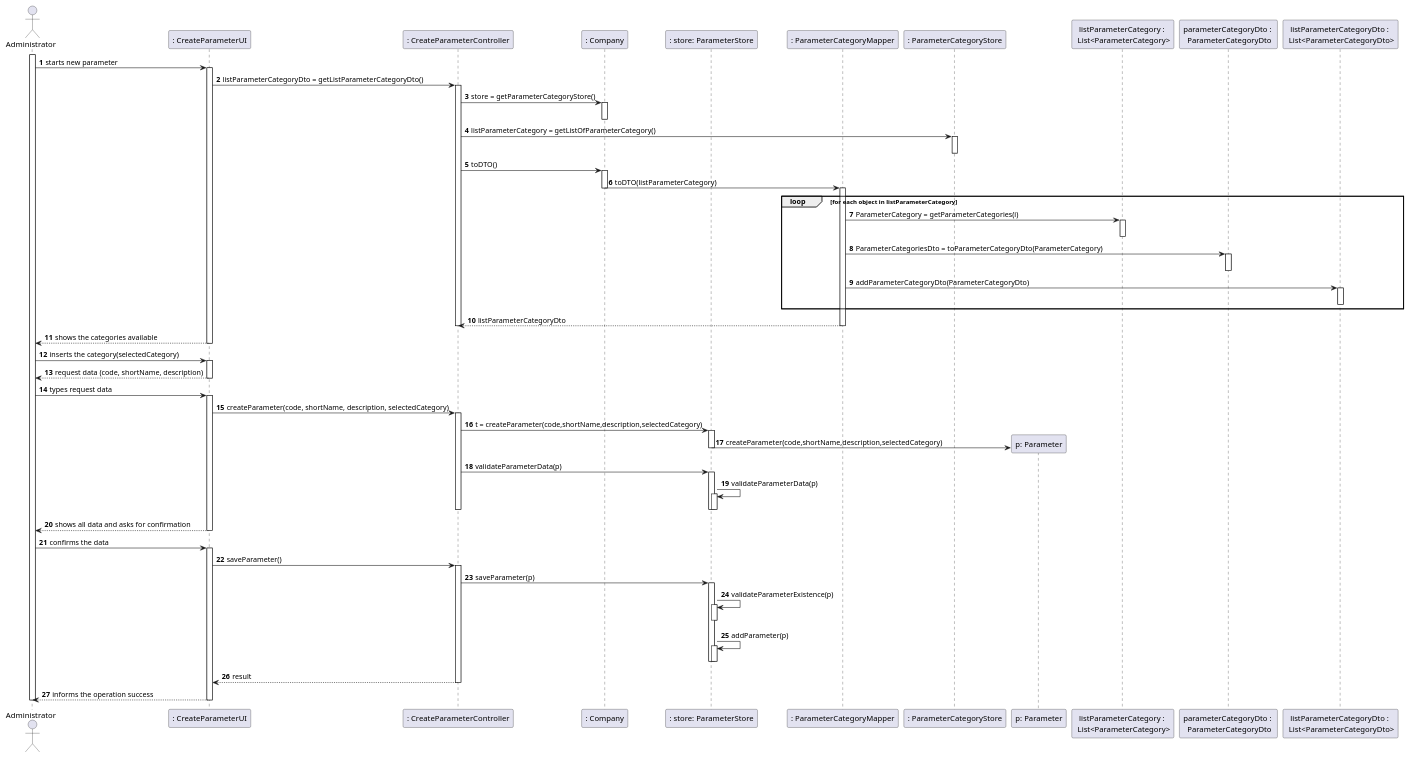
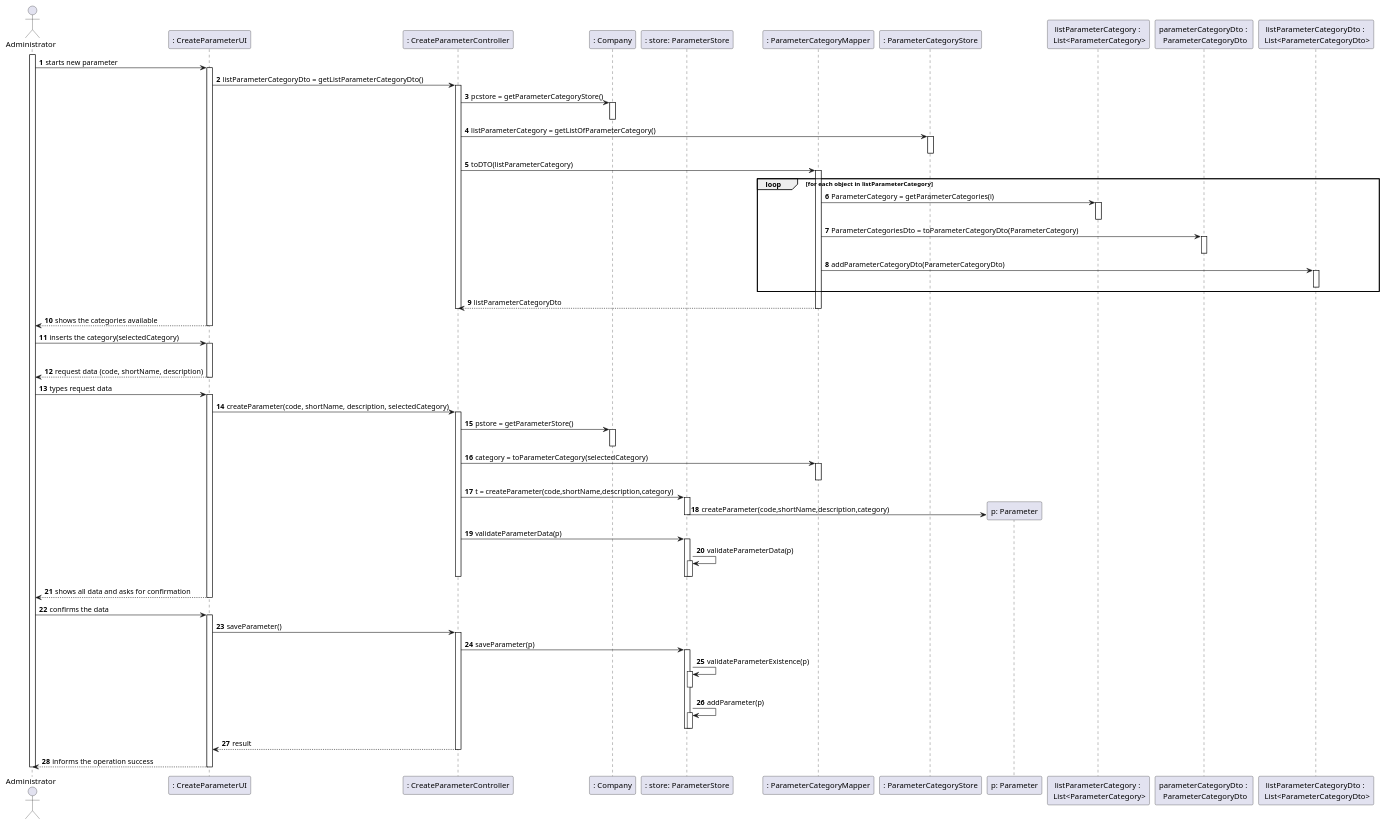
One commit to manu-07-ela/LAPR2_ISEP changed the diagram in docs/SprintB/US10/US10_SD.puml. Above: the diagram before and after it, drawn with PlantUML. The commit also changed 1 other file, not shown here.

```diff
--- a/docs/SprintB/US10/US10_SD.puml
+++ b/docs/SprintB/US10/US10_SD.puml
@@ -1,105 +1,109 @@
 @startuml
 'https://plantuml.com/sequence-diagram
 
 autonumber
 
 actor "Administrator" as ADM
 
 participant ": CreateParameterUI" as UI
 participant ": CreateParameterController" as CTRL
 participant ": Company" as COMP
 participant ": store: ParameterStore" as STORE
 participant ": ParameterCategoryMapper" as MAPPER
 participant ": ParameterCategoryStore" as PCSTORE
 participant "p: Parameter" as PRMT
 participant "listParameterCategory : \n List<ParameterCategory>" as LISTPC
 participant "parameterCategoryDto : \n ParameterCategoryDto" as PCDTO
 participant "listParameterCategoryDto : \n List<ParameterCategoryDto>" as LISTPCDTO
 
 
 
 activate ADM
 ADM -> UI: starts new parameter
 activate UI
 UI -> CTRL : listParameterCategoryDto = getListParameterCategoryDto()
 activate CTRL
-CTRL -> COMP : store = getParameterCategoryStore()
+CTRL -> COMP : pcstore = getParameterCategoryStore()
 activate COMP
 deactivate COMP
 CTRL -> PCSTORE : listParameterCategory = getListOfParameterCategory()
 activate PCSTORE
 deactivate PCSTORE
-CTRL -> COMP : toDTO()
-activate COMP
-COMP -> MAPPER : toDTO(listParameterCategory)
-deactivate COMP
+CTRL -> MAPPER : toDTO(listParameterCategory)
 activate MAPPER
 loop for each object in listParameterCategory
 MAPPER -> LISTPC : ParameterCategory = getParameterCategories(i)
 activate LISTPC
 deactivate LISTPC
 MAPPER-> PCDTO : ParameterCategoriesDto = toParameterCategoryDto(ParameterCategory)
 activate PCDTO
 deactivate PCDTO
 MAPPER-> LISTPCDTO : addParameterCategoryDto(ParameterCategoryDto)
 activate LISTPCDTO
 deactivate LISTPCDTO
 end
 MAPPER --> CTRL : listParameterCategoryDto
 deactivate MAPPER
 deactivate CTRL
 UI --> ADM : shows the categories available
 deactivate UI
 
 
 
 ADM -> UI: inserts the category(selectedCategory)
 activate UI
+deactivate CTRL
 UI--> ADM : request data (code, shortName, description)
 deactivate UI
 
 
 ADM -> UI : types request data
 activate UI
 UI -> CTRL : createParameter(code, shortName, description, selectedCategory)
 activate CTRL
-CTRL -> STORE : t = createParameter(code,shortName,description,selectedCategory)
+CTRL -> COMP : pstore = getParameterStore()
+activate COMP
+deactivate COMP
+CTRL -> MAPPER : category = toParameterCategory(selectedCategory)
+activate MAPPER
+deactivate MAPPER
+CTRL -> STORE : t = createParameter(code,shortName,description,category)
 activate STORE
-STORE -> PRMT** : createParameter(code,shortName,description,selectedCategory)
+STORE -> PRMT** : createParameter(code,shortName,description,category)
 deactivate STORE
 CTRL -> STORE : validateParameterData(p)
 activate STORE
 STORE -> STORE : validateParameterData(p)
 activate STORE
 deactivate STORE
 deactivate STORE
 
 
 deactivate CTRL
 deactivate STORE
 UI --> ADM : shows all data and asks for confirmation
 deactivate UI
 
 
 
 ADM -> UI: confirms the data
 activate UI
 UI -> CTRL : saveParameter()
 activate CTRL
 CTRL -> STORE : saveParameter(p)
 activate STORE
 STORE -> STORE : validateParameterExistence(p)
 activate STORE
 deactivate STORE
 STORE ->STORE : addParameter(p)
 activate STORE
 deactivate STORE
 deactivate STORE
 deactivate STORE
 CTRL --> UI : result
 deactivate CTRL
 UI --> ADM : informs the operation success
 deactivate UI
 deactivate ADM
 
 @enduml
```
